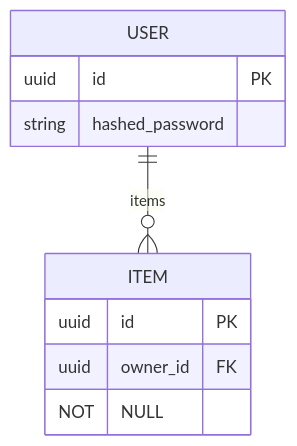
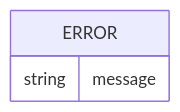
The diagram in docs/database/erd.mmd (murphycrew/full-stack-fastapi-template), drawn with Mermaid before and after one commit. The commit also changed 4 other files, not shown here.

```diff
--- a/docs/database/erd.mmd
+++ b/docs/database/erd.mmd
@@ -1,22 +1,15 @@
 %% Database ERD Diagram
-%% Generated: 2025-10-03T21:05:30.631939
-%% Version: Unknown
-%% Entities: 2
-%% Relationships: 1
-%% Status: invalid
+%% Generated: 2025-10-03T21:36:56.037292
+%% Version: 1.0
+%% Entities: 0
+%% Relationships: 0
+%% Status: error
+
+%% Error: ERD generation failed: Models file not found: nonexistent_models.py
 
 %% This diagram is automatically generated from SQLModel definitions
 
 erDiagram
-
-USER {
-    uuid id PK
-    string hashed_password
-}
-
-ITEM {
-    uuid id PK
-    uuid owner_id FK NOT NULL
-}
-
-USER ||--o{ ITEM : items
+    ERROR {
+        string message
+    }
```
